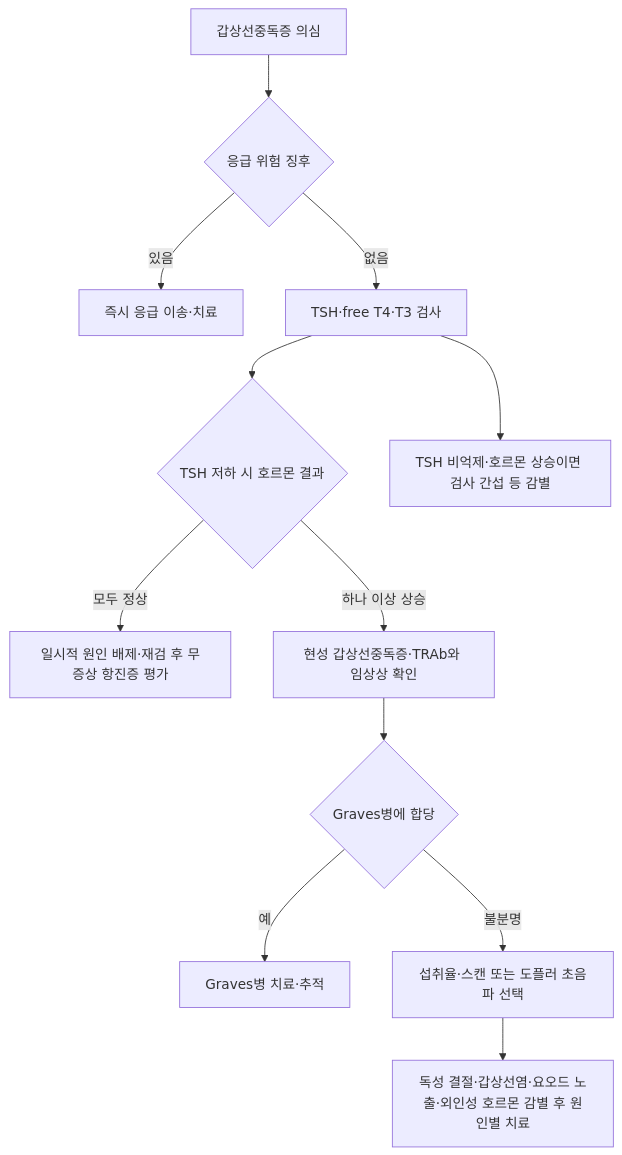
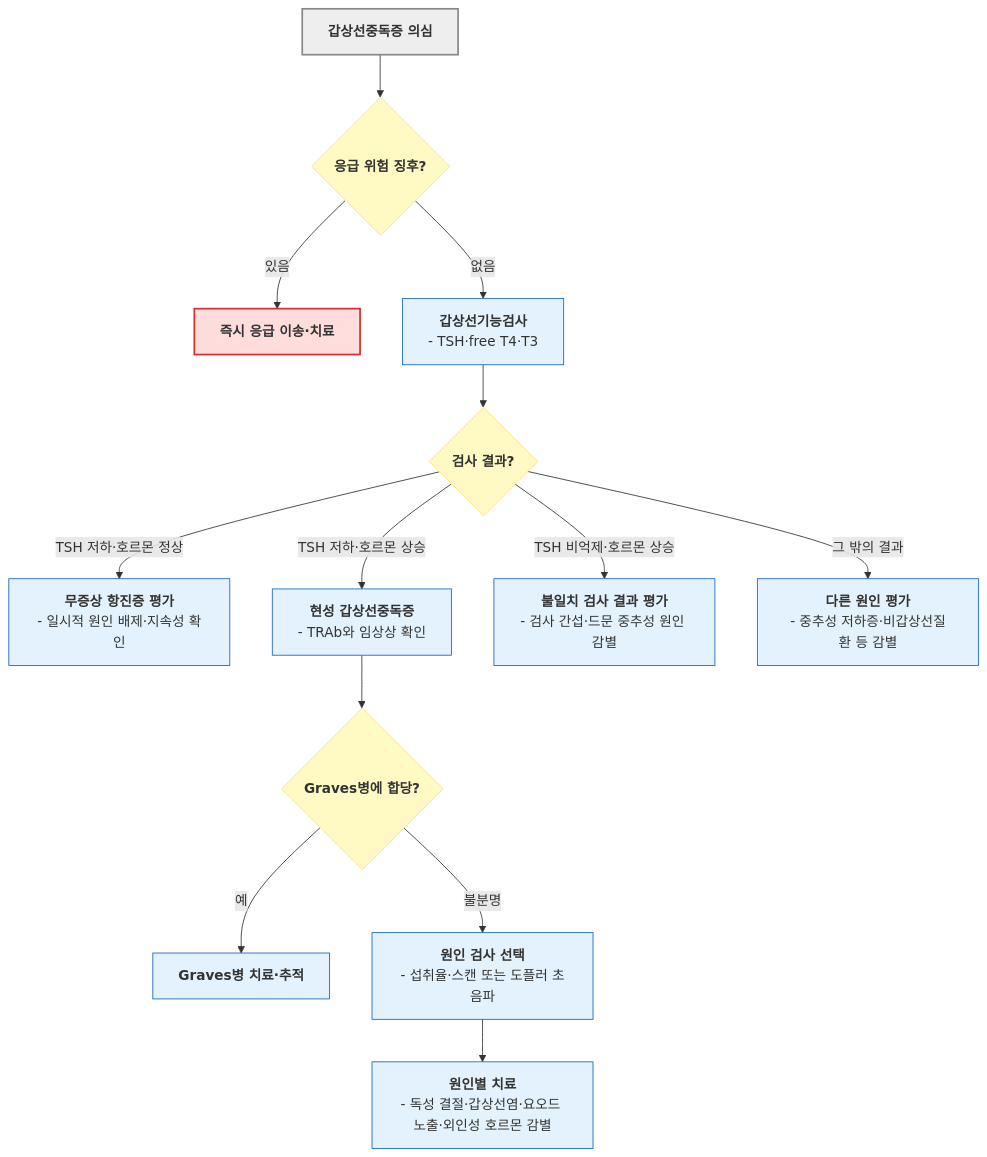
One commit to familyoh77/familyoh77 changed the first of 2 diagrams in 226_/106_-hyperthyroidism.md. Above: the diagram before and after it, drawn with Mermaid. The commit also changed other lines of this file and 9 other files, not shown here.

````diff
--- a/226_/106_-hyperthyroidism.md
+++ b/226_/106_-hyperthyroidism.md
@@ -144,14 +144,28 @@
 ```mermaid
 flowchart TD
-    A["갑상선중독증 의심"] --> B{"응급 위험 징후"}
-    B -->|있음| E["즉시 응급 이송·치료"]
-    B -->|없음| C["TSH·free T4·T3 검사"]
-    C --> D{"TSH 저하 시 호르몬 결과"}
-    C --> X["TSH 비억제·호르몬 상승이면 검사 간섭 등 감별"]
-    D -->|모두 정상| S["일시적 원인 배제·재검 후 무증상 항진증 평가"]
-    D -->|하나 이상 상승| T["현성 갑상선중독증·TRAb와 임상상 확인"]
-    T --> U{"Graves병에 합당"}
-    U -->|예| G["Graves병 치료·추적"]
-    U -->|불분명| I["섭취율·스캔 또는 도플러 초음파 선택"]
-    I --> N["독성 결절·갑상선염·요오드 노출·외인성 호르몬 감별 후 원인별 치료"]
+    A["`**갑상선중독증 의심**`"] --> B{"`**응급 위험 징후?**`"}
+    B -->|있음| E["`**즉시 응급 이송·치료**`"]
+    B -->|없음| C["`**갑상선기능검사**
+- TSH·free T4·T3`"]
+    C --> D{"`**검사 결과?**`"}
+    D -->|TSH 저하·호르몬 정상| S["`**무증상 항진증 평가**
+- 일시적 원인 배제·지속성 확인`"]
+    D -->|TSH 저하·호르몬 상승| T["`**현성 갑상선중독증**
+- TRAb와 임상상 확인`"]
+    D -->|TSH 비억제·호르몬 상승| X["`**불일치 검사 결과 평가**
+- 검사 간섭·드문 중추성 원인 감별`"]
+    D -->|그 밖의 결과| Y["`**다른 원인 평가**
+- 중추성 저하증·비갑상선질환 등 감별`"]
+    T --> U{"`**Graves병에 합당?**`"}
+    U -->|예| G["`**Graves병 치료·추적**`"]
+    U -->|불분명| I["`**원인 검사 선택**
+- 섭취율·스캔 또는 도플러 초음파`"]
+    I --> N["`**원인별 치료**
+- 독성 결절·갑상선염·요오드 노출·외인성 호르몬 감별`"]
+    classDef question fill:#fff9c4,stroke:#ffe082
+    classDef treatment fill:#e3f2fd,stroke:#1565c0
+    class B,D,U question
+    class C,S,T,X,Y,G,I,N treatment
+    style A fill:#eeeeee,stroke:#888888,stroke-width:2px
+    style E fill:#ffdddd,stroke:#d32f2f,stroke-width:2px
 ```
````
